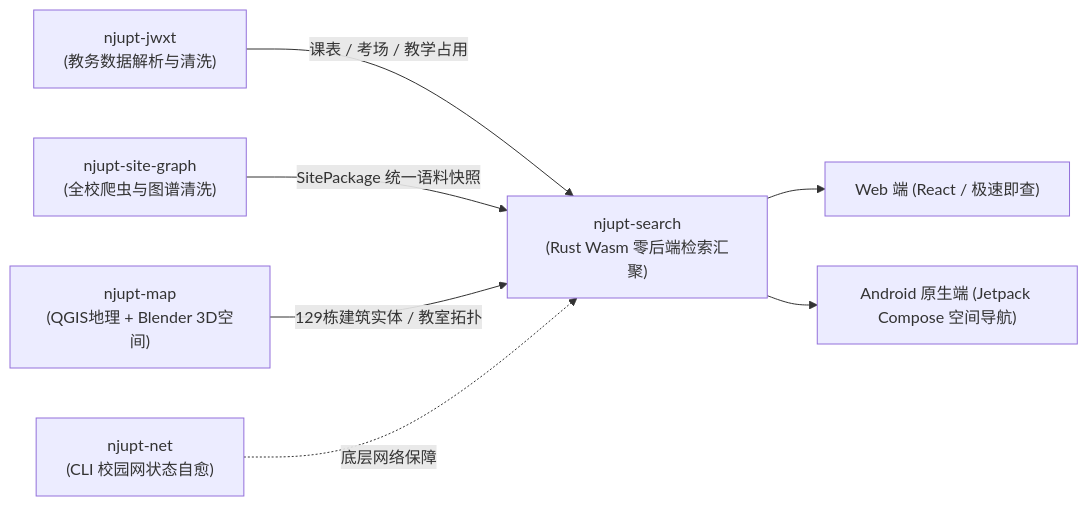
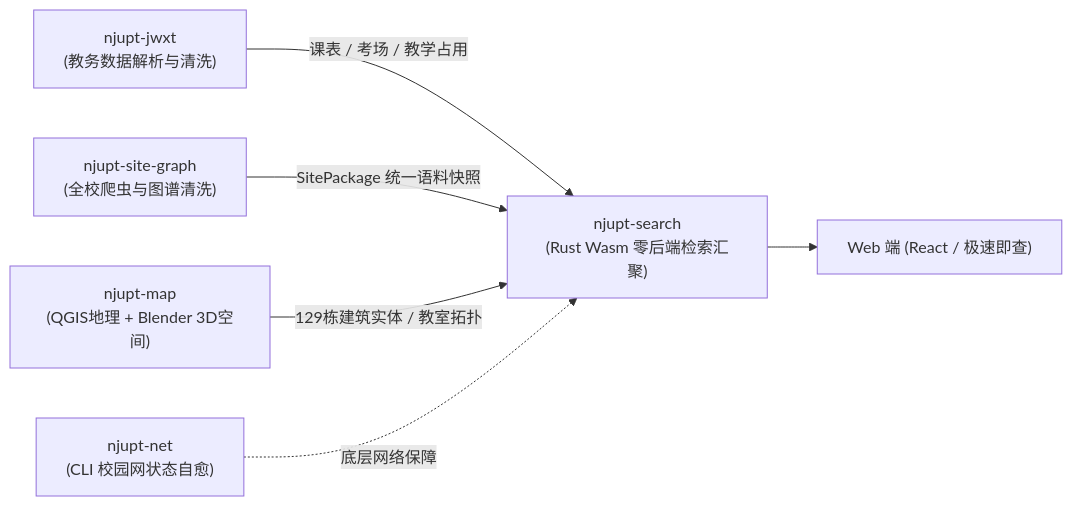
Before and after one commit to NJUPT-CS-StuDev/studev: the second of 2 diagrams in src/content/develop/project-njupt-search.md, drawn with Mermaid. The commit also changed other lines of this file and 153 other files, not shown here.

````diff
--- a/src/content/develop/project-njupt-search.md
+++ b/src/content/develop/project-njupt-search.md
@@ -69,10 +69,9 @@
 ```mermaid
 flowchart LR
     JWXT["njupt-jwxt<br/>(教务数据解析与清洗)"] -->|课表 / 考场 / 教学占用| SEARCH["njupt-search<br/>(Rust Wasm 零后端检索汇聚)"]
     SITE["njupt-site-graph<br/>(全校爬虫与图谱清洗)"] -->|SitePackage 统一语料快照| SEARCH
     MAP["njupt-map<br/>(QGIS地理 + Blender 3D空间)"] -->|129栋建筑实体 / 教室拓扑| SEARCH
     
     SEARCH --> WEB["Web 端 (React / 极速即查)"]
-    SEARCH --> ANDROID["Android 原生端 (Jetpack Compose 空间导航)"]
     NET["njupt-net<br/>(CLI 校园网状态自愈)"] -.->|底层网络保障| SEARCH
 ```
````
